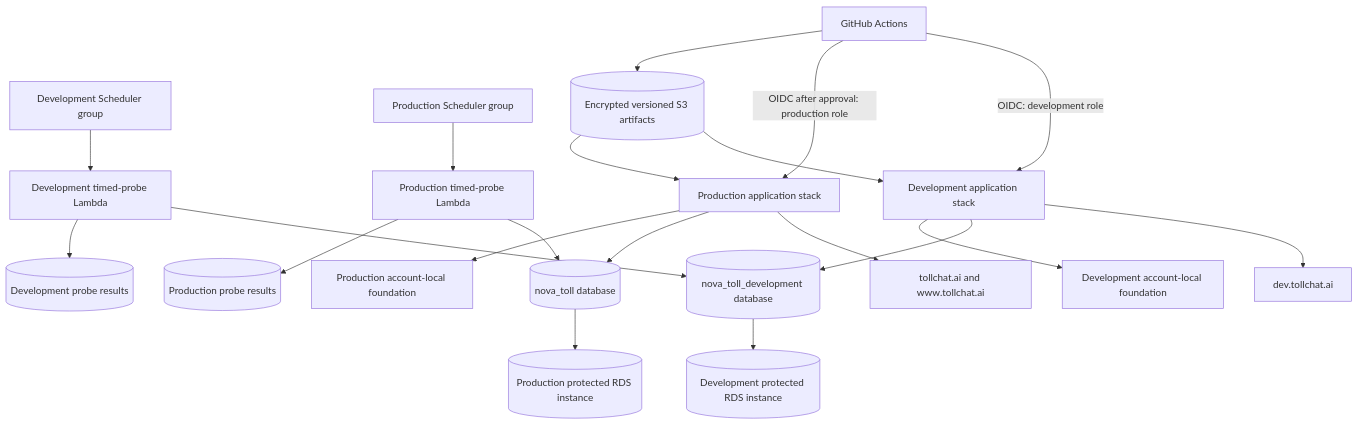
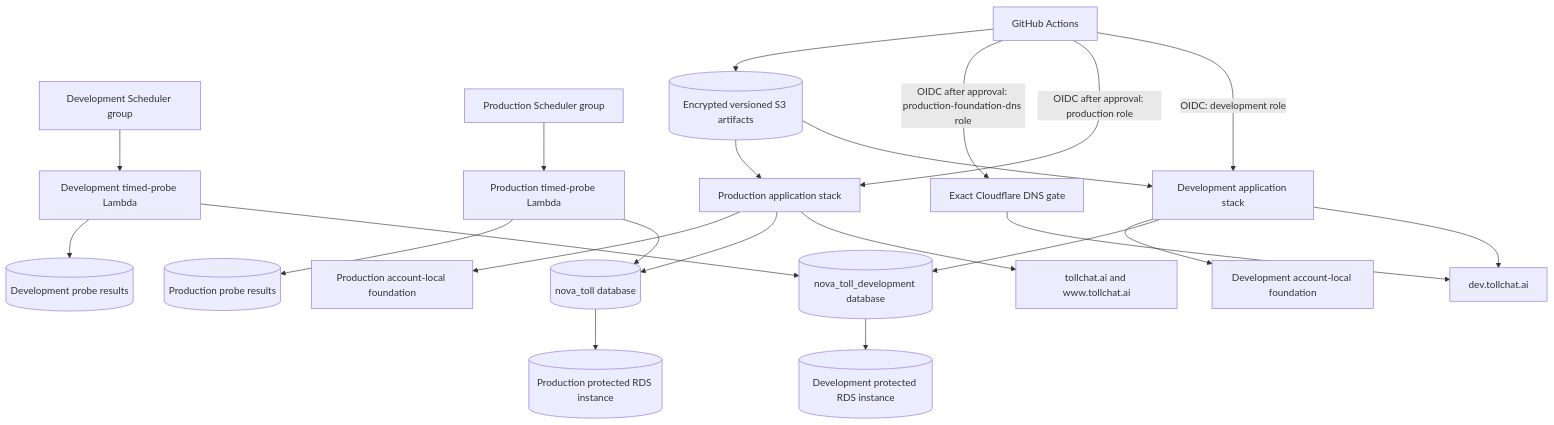
Before and after one commit to rhprasad0/nova-toll-budget-agent: the first of 2 diagrams in v2/plans/ENVIRONMENT-AND-RELEASE-PLAN.md, drawn with Mermaid. The commit also changed other lines of this file and 14 other files, not shown here.

````diff
--- a/v2/plans/ENVIRONMENT-AND-RELEASE-PLAN.md
+++ b/v2/plans/ENVIRONMENT-AND-RELEASE-PLAN.md
@@ -76,27 +76,29 @@
 ```mermaid
 flowchart TB
   GH[GitHub Actions] -->|OIDC: development role| DEV[Development application stack]
   GH -->|OIDC after approval: production role| PROD[Production application stack]
+  GH -->|OIDC after approval: production-foundation-dns role| DNS[Exact Cloudflare DNS gate]
 
   DEV --> DEVDNS[dev.tollchat.ai]
   PROD --> PRODDNS[tollchat.ai and www.tollchat.ai]
 
   DEV --> DEVDB[(nova_toll_development database)]
   PROD --> PRODDB[(nova_toll database)]
   DEVDB --> DEVRDS[(Development protected RDS instance)]
   PRODDB --> PRODRDS[(Production protected RDS instance)]
 
   DEVSCHED[Development Scheduler group] --> DEVPROBE[Development timed-probe Lambda]
   PRODSCHED[Production Scheduler group] --> PRODPROBE[Production timed-probe Lambda]
   DEVPROBE --> DEVDB
   PRODPROBE --> PRODDB
   DEVPROBE --> DEVRESULTS[(Development probe results)]
   PRODPROBE --> PRODRESULTS[(Production probe results)]
 
   DEV --> DEVFOUNDATION[Development account-local foundation]
   PROD --> PRODFOUNDATION[Production account-local foundation]
+  DNS --> DEVDNS
 
   GH --> ARTIFACTS[(Encrypted versioned S3 artifacts)]
   ARTIFACTS --> DEV
   ARTIFACTS --> PROD
 ```
````
